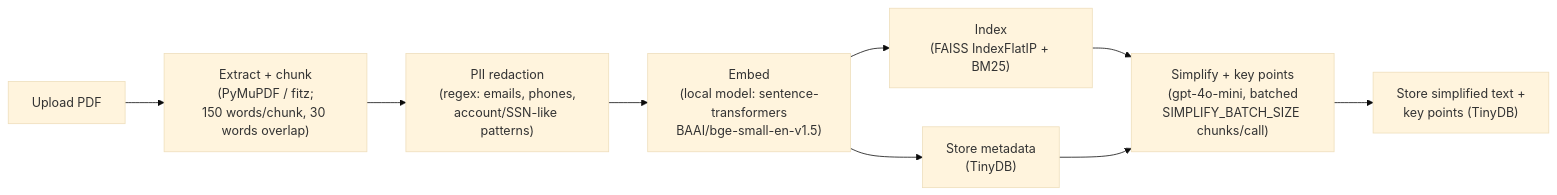
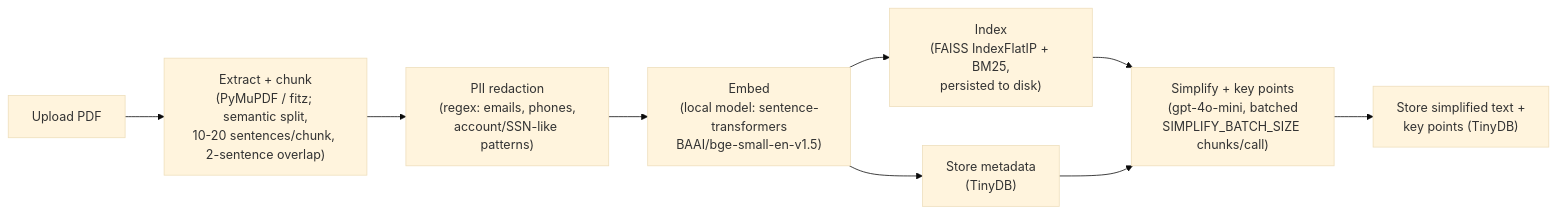
The first of 2 diagrams in docs/ARCHITECTURE.md (vishnupriya-cheemalamarri/AI_Document-Simplifier), drawn with Mermaid (base theme) before and after one commit. The commit also changed other lines of this file and 8 other files, not shown here.

````diff
--- a/docs/ARCHITECTURE.md
+++ b/docs/ARCHITECTURE.md
@@ -38,11 +38,11 @@
 ```mermaid
 flowchart LR
-    A[Upload PDF] --> B["Extract + chunk<br/>(PyMuPDF / fitz;<br/>150 words/chunk, 30 words overlap)"]
+    A[Upload PDF] --> B["Extract + chunk<br/>(PyMuPDF / fitz; semantic split,<br/>10-20 sentences/chunk, 2-sentence overlap)"]
     B --> C["PII redaction<br/>(regex: emails, phones,<br/>account/SSN-like patterns)"]
     C --> D["Embed<br/>(local model: sentence-transformers<br/>BAAI/bge-small-en-v1.5)"]
-    D --> E["Index<br/>(FAISS IndexFlatIP + BM25)"]
+    D --> E["Index<br/>(FAISS IndexFlatIP + BM25,<br/>persisted to disk)"]
     D --> F["Store metadata<br/>(TinyDB)"]
     E --> G["Simplify + key points<br/>(gpt-4o-mini, batched<br/>SIMPLIFY_BATCH_SIZE chunks/call)"]
     F --> G
     G --> H["Store simplified text +<br/>key points (TinyDB)"]
 ```
````
